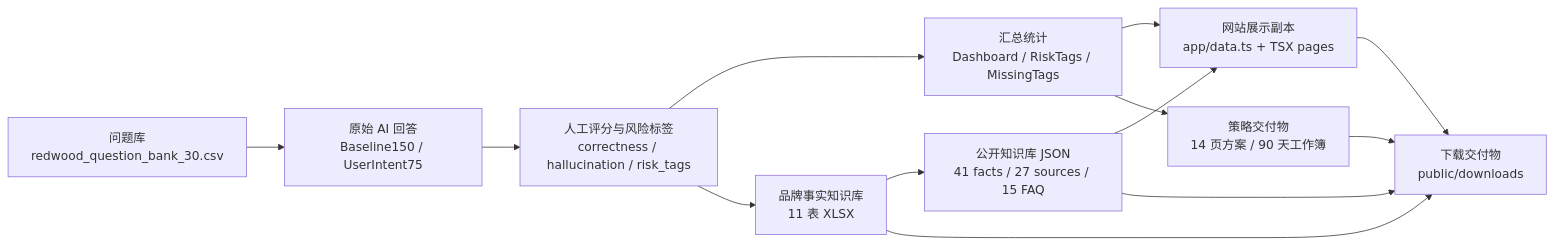
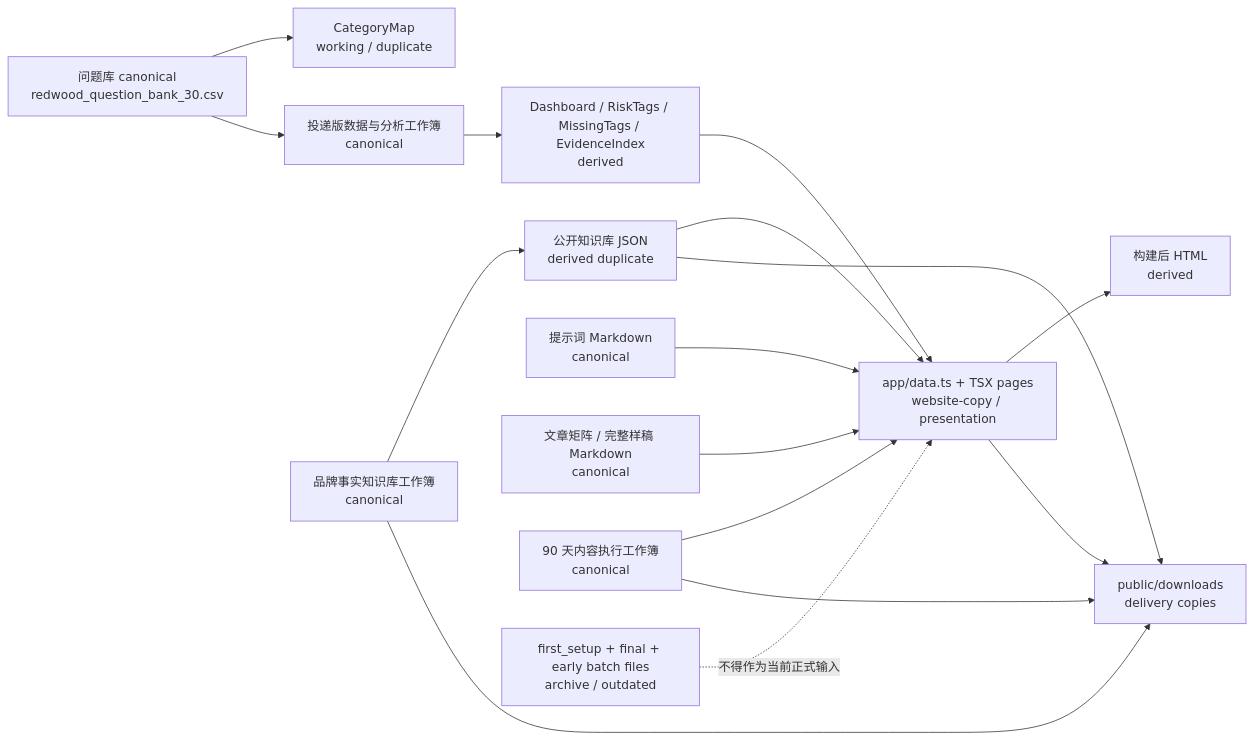
The diagram in docs/data-source-map.md (evelay/yhl-geo-portfolio), drawn with Mermaid before and after one commit. The commit also changed other lines of this file and 4 other files, not shown here.

````diff
--- a/docs/data-source-map.md
+++ b/docs/data-source-map.md
@@ -11,19 +11,32 @@
 ```mermaid
 flowchart LR
-  Q["问题库<br/>redwood_question_bank_30.csv"]
-  R["原始 AI 回答<br/>Baseline150 / UserIntent75"]
-  S["人工评分与风险标签<br/>correctness / hallucination / risk_tags"]
-  M["汇总统计<br/>Dashboard / RiskTags / MissingTags"]
-  K["品牌事实知识库<br/>11 表 XLSX"]
-  J["公开知识库 JSON<br/>41 facts / 27 sources / 15 FAQ"]
-  W["网站展示副本<br/>app/data.ts + TSX pages"]
-  D["下载交付物<br/>public/downloads"]
-  E["策略交付物<br/>14 页方案 / 90 天工作簿"]
+  QCSV["问题库 canonical<br/>redwood_question_bank_30.csv"]
+  CMAP["CategoryMap<br/>working / duplicate"]
+  WB["投递版数据与分析工作簿<br/>canonical"]
+  METRICS["Dashboard / RiskTags / MissingTags / EvidenceIndex<br/>derived"]
+  KB["品牌事实知识库工作簿<br/>canonical"]
+  KBJSON["公开知识库 JSON<br/>derived duplicate"]
+  PROMPTMD["提示词 Markdown<br/>canonical"]
+  ARTICLEMD["文章矩阵 / 完整样稿 Markdown<br/>canonical"]
+  STRAT["90 天内容执行工作簿<br/>canonical"]
+  SITE["app/data.ts + TSX pages<br/>website-copy / presentation"]
+  DOWNLOADS["public/downloads<br/>delivery copies"]
+  HTML["构建后 HTML<br/>derived"]
+  ARCHIVE["first_setup + final + early batch files<br/>archive / outdated"]
 
-  Q --> R --> S --> M --> W
-  S --> K --> J --> W
-  M --> E --> D
-  K --> D
-  J --> D
-  W --> D
+  QCSV --> CMAP
+  QCSV --> WB
+  WB --> METRICS
+  METRICS --> SITE
+  KB --> KBJSON
+  KBJSON --> SITE
+  KB --> DOWNLOADS
+  KBJSON --> DOWNLOADS
+  PROMPTMD --> SITE
+  ARTICLEMD --> SITE
+  STRAT --> SITE
+  STRAT --> DOWNLOADS
+  SITE --> HTML
+  SITE --> DOWNLOADS
+  ARCHIVE -. "不得作为当前正式输入" .-> SITE
 ```
````
